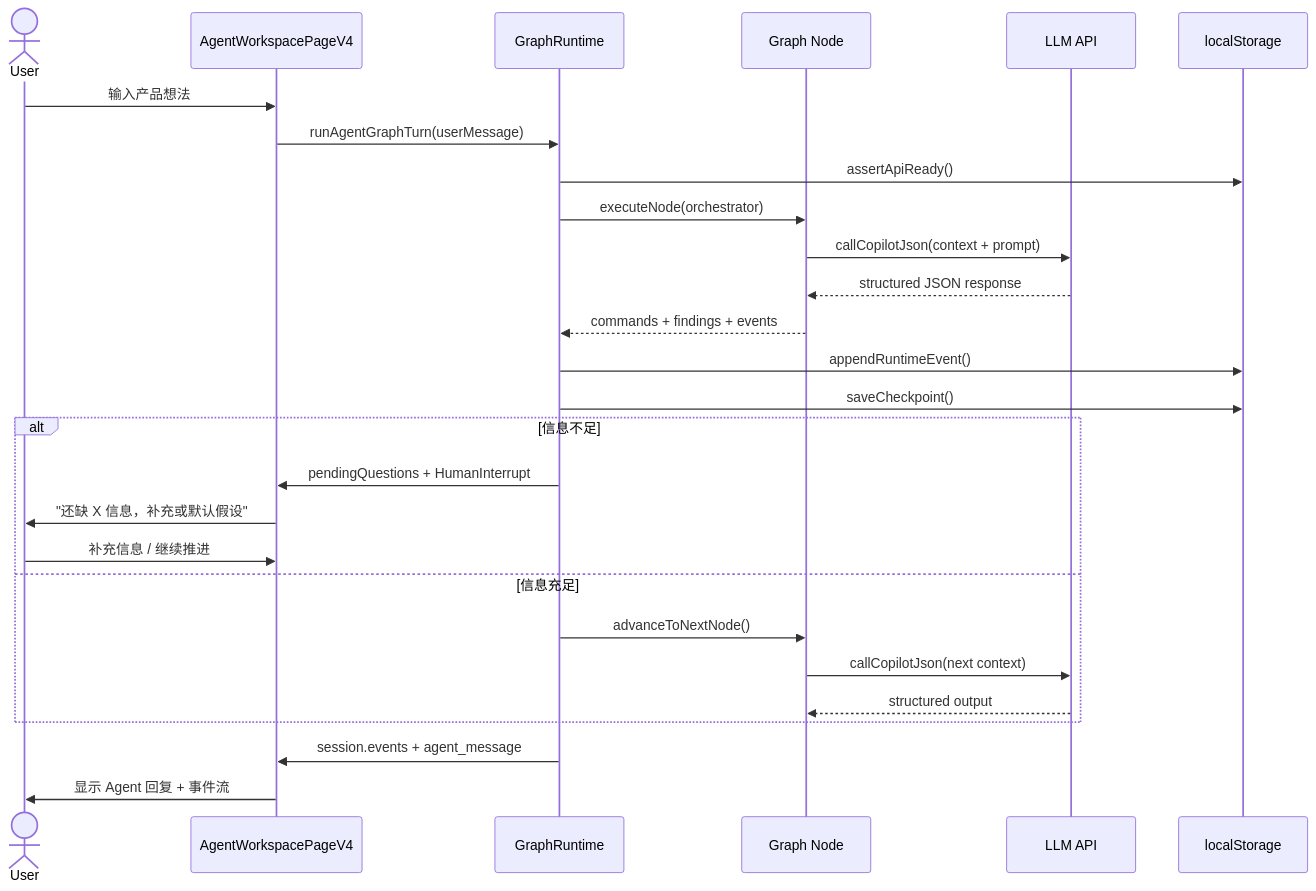
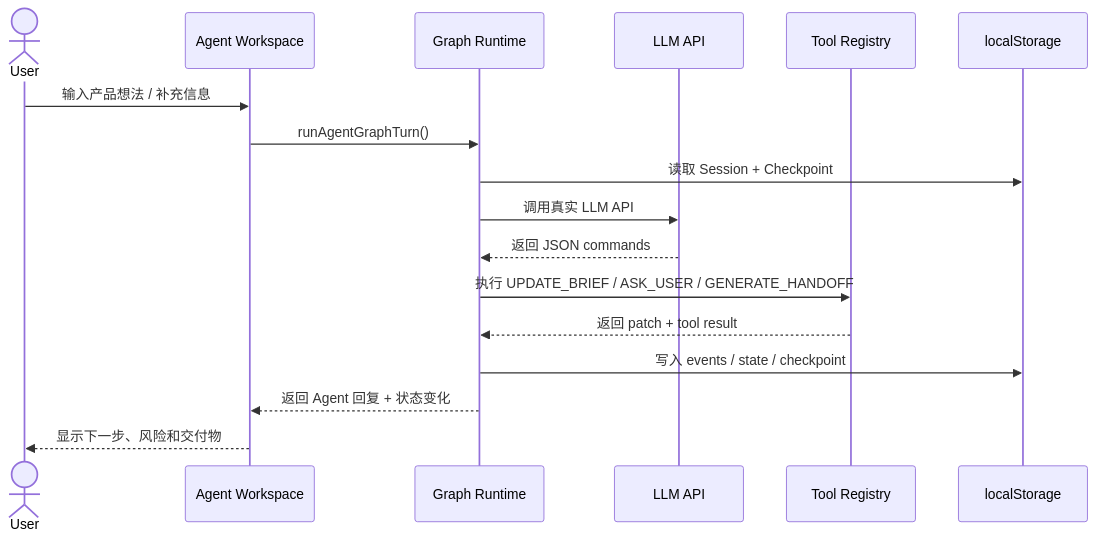
Before and after one commit to liuanye9-lab/vibe-product-framing-web: the fourth of 6 diagrams in README.md, drawn with Mermaid. The commit also changed other lines of this file, not shown here.

````diff
--- a/README.md
+++ b/README.md
@@ -79,32 +212,20 @@
 ```mermaid
 sequenceDiagram
-    actor User
-    participant UI as AgentWorkspacePageV4
-    participant RT as GraphRuntime
-    participant Node as Graph Node
+    actor U as User
+    participant UI as Agent Workspace
+    participant RT as Graph Runtime
     participant AI as LLM API
+    participant Tool as Tool Registry
     participant Store as localStorage
 
-    User->>UI: 输入产品想法
-    UI->>RT: runAgentGraphTurn(userMessage)
-    RT->>Store: assertApiReady()
-    RT->>Node: executeNode(orchestrator)
-    Node->>AI: callCopilotJson(context + prompt)
-    AI-->>Node: structured JSON response
-    Node-->>RT: commands + findings + events
-    RT->>Store: appendRuntimeEvent()
-    RT->>Store: saveCheckpoint()
-
-    alt 信息不足
-        RT->>UI: pendingQuestions + HumanInterrupt
-        UI->>User: "还缺 X 信息，补充或默认假设"
-        User->>UI: 补充信息 / 继续推进
-    else 信息充足
-        RT->>Node: advanceToNextNode()
-        Node->>AI: callCopilotJson(next context)
-        AI-->>Node: structured output
-    end
-
-    RT->>UI: session.events + agent_message
-    UI->>User: 显示 Agent 回复 + 事件流
+    U->>UI: 输入产品想法 / 补充信息
+    UI->>RT: runAgentGraphTurn()
+    RT->>Store: 读取 Session + Checkpoint
+    RT->>AI: 调用真实 LLM API
+    AI-->>RT: 返回 JSON commands
+    RT->>Tool: 执行 UPDATE_BRIEF / ASK_USER / GENERATE_HANDOFF
+    Tool-->>RT: 返回 patch + tool result
+    RT->>Store: 写入 events / state / checkpoint
+    RT-->>UI: 返回 Agent 回复 + 状态变化
+    UI-->>U: 显示下一步、风险和交付物
 ```
````
